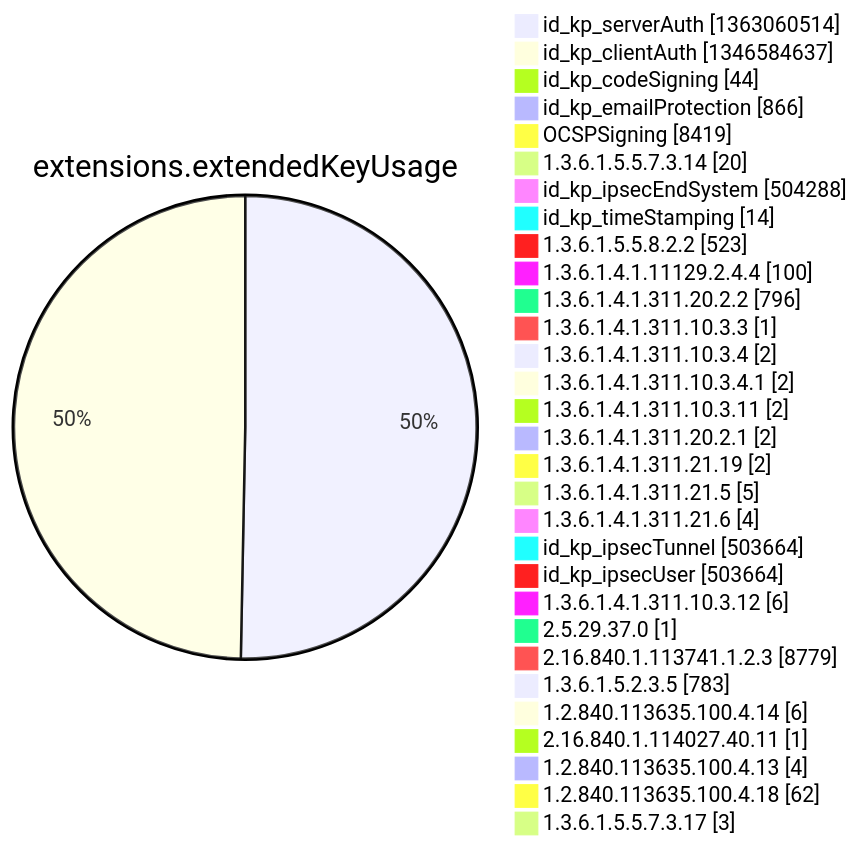
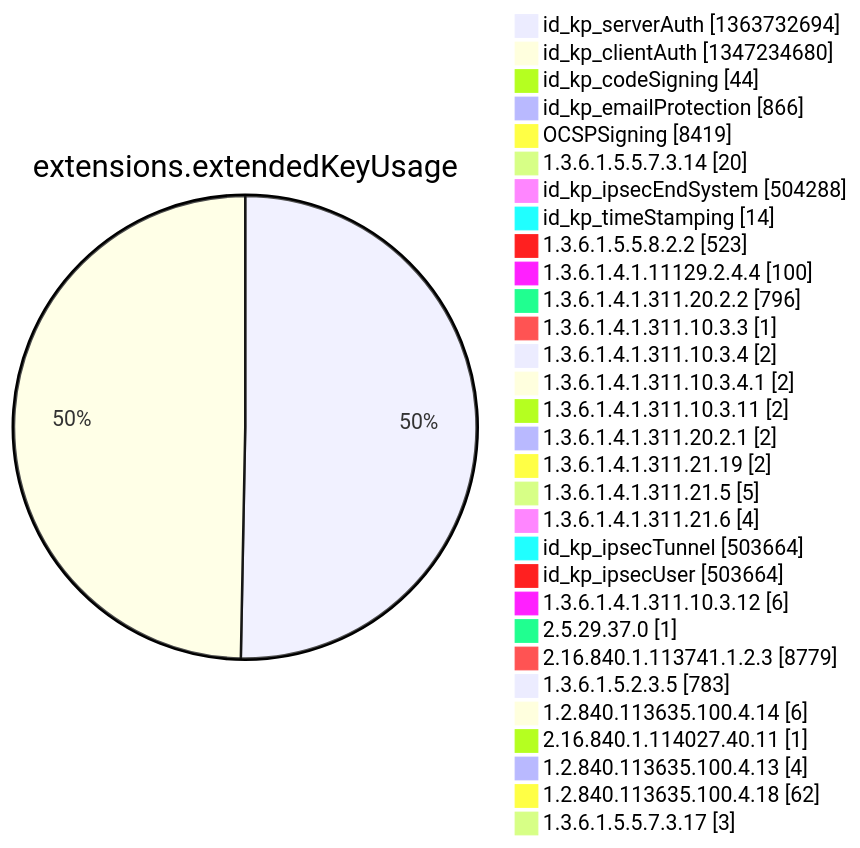
One commit to christiankrug/ctmonitor_visualization changed diagram 12 of 15 in argon2022/README.md. Above: the diagram before and after it, drawn with Mermaid. The commit also changed other lines of this file, not shown here.

````diff
--- a/argon2022/README.md
+++ b/argon2022/README.md
@@ -3553,34 +3553,34 @@
 ```mermaid
 pie showData
 title extensions.extendedKeyUsage
-"id_kp_serverAuth" :1363060514
-"id_kp_clientAuth" :1346584637
+"id_kp_serverAuth" :1363732694
+"id_kp_clientAuth" :1347234680
 "id_kp_codeSigning" :44
 "id_kp_emailProtection" :866
 "OCSPSigning" :8419
 "1.3.6.1.5.5.7.3.14" :20
 "id_kp_ipsecEndSystem" :504288
 "id_kp_timeStamping" :14
 "1.3.6.1.5.5.8.2.2" :523
 "1.3.6.1.4.1.11129.2.4.4" :100
 "1.3.6.1.4.1.311.20.2.2" :796
 "1.3.6.1.4.1.311.10.3.3" :1
 "1.3.6.1.4.1.311.10.3.4" :2
 "1.3.6.1.4.1.311.10.3.4.1" :2
 "1.3.6.1.4.1.311.10.3.11" :2
 "1.3.6.1.4.1.311.20.2.1" :2
 "1.3.6.1.4.1.311.21.19" :2
 "1.3.6.1.4.1.311.21.5" :5
 "1.3.6.1.4.1.311.21.6" :4
 "id_kp_ipsecTunnel" :503664
 "id_kp_ipsecUser" :503664
 "1.3.6.1.4.1.311.10.3.12" :6
 "2.5.29.37.0" :1
 "2.16.840.1.113741.1.2.3" :8779
 "1.3.6.1.5.2.3.5" :783
 "1.2.840.113635.100.4.14" :6
 "2.16.840.1.114027.40.11" :1
 "1.2.840.113635.100.4.13" :4
 "1.2.840.113635.100.4.18" :62
 "1.3.6.1.5.5.7.3.17" :3
 ```
````
